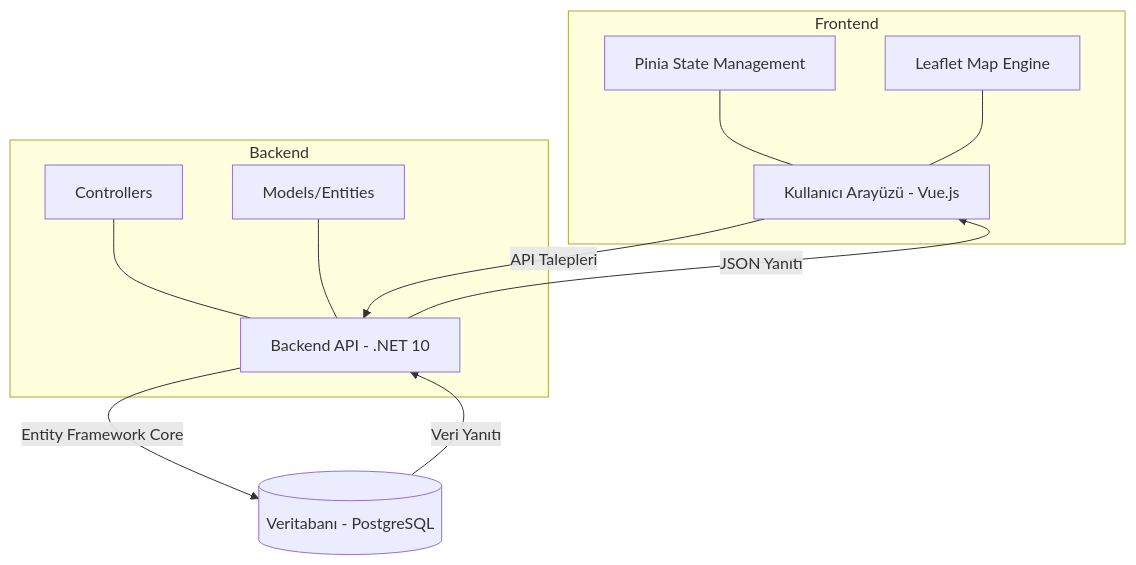
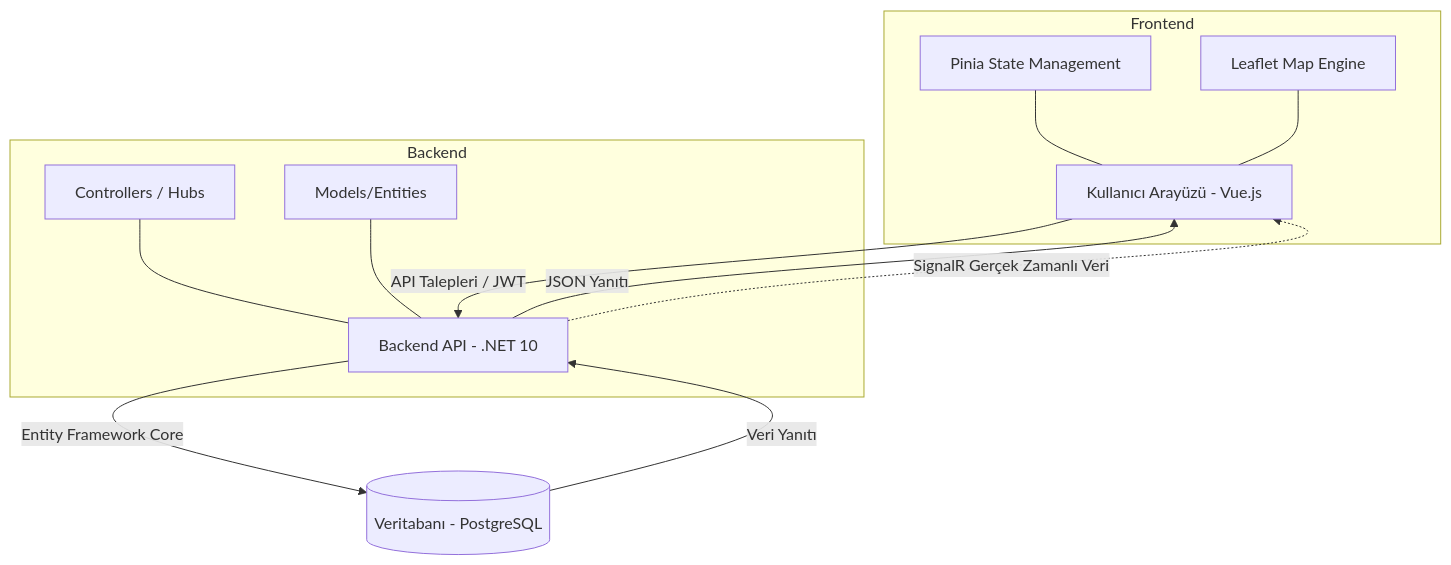
One commit to zenepvarol/vue-project changed the diagram in README.md. Above: the diagram before and after it, drawn with Mermaid. The commit also changed other lines of this file and 6 other files, not shown here.

````diff
--- a/README.md
+++ b/README.md
@@ -30,19 +36,20 @@
 ```mermaid
 graph TD
-    A[Kullanıcı Arayüzü - Vue.js] -->|API Talepleri| B[Backend API - .NET 10]
+    A[Kullanıcı Arayüzü - Vue.js] -->|API Talepleri / JWT| B[Backend API - .NET 10]
     B -->|Entity Framework Core| C[(Veritabanı - PostgreSQL)]
     C -->|Veri Yanıtı| B
     B -->|JSON Yanıtı| A
+    B -.->|SignalR Gerçek Zamanlı Veri| A
     
     subgraph Frontend
     A
     D[Pinia State Management] --- A
     E[Leaflet Map Engine] --- A
     end
     
     subgraph Backend
     B
-    F[Controllers] --- B
+    F[Controllers / Hubs] --- B
     G[Models/Entities] --- B
     end
 ```
````
